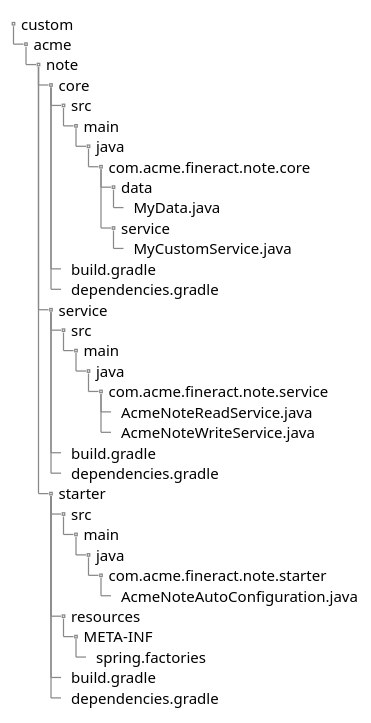
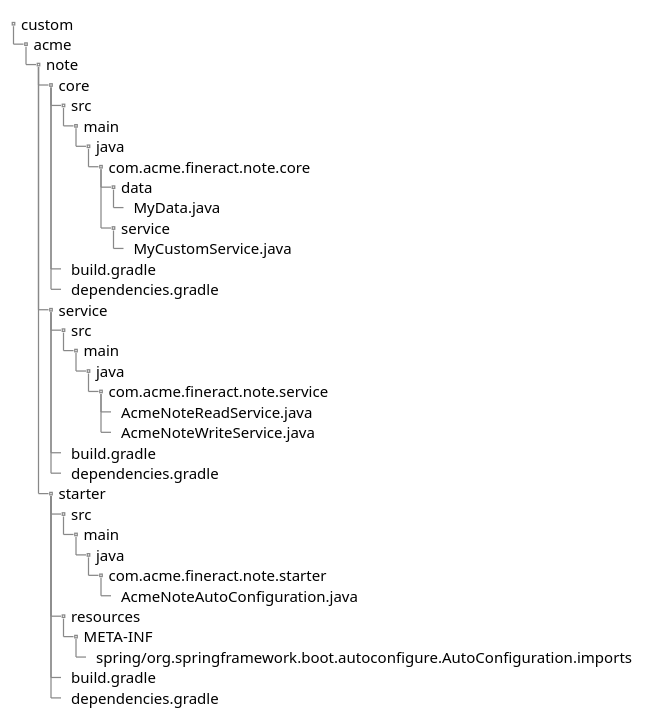
The diagram in fineract-doc/src/docs/en/diagrams/custom-folder-structure.puml (garfenterdreams/banco), drawn with PlantUML before and after one commit. The commit also changed 2 other files, not shown here.

Commit message:
FINERACT-1724: Documentation fix not to refer spring.factories anymore

```diff
--- a/fineract-doc/src/docs/en/diagrams/custom-folder-structure.puml
+++ b/fineract-doc/src/docs/en/diagrams/custom-folder-structure.puml
@@ -1,40 +1,40 @@
 @startsalt
 {
     {T
     + custom
     ++ acme
     +++ note
     ++++ core
     +++++ src
     ++++++ main
     +++++++ java
     ++++++++ com.acme.fineract.note.core
     +++++++++ data
     ++++++++++ MyData.java
     +++++++++ service
     ++++++++++ MyCustomService.java
     +++++ build.gradle
     +++++ dependencies.gradle
     ++++ service
     +++++ src
     ++++++ main
     +++++++ java
     ++++++++ com.acme.fineract.note.service
     +++++++++ AcmeNoteReadService.java
     +++++++++ AcmeNoteWriteService.java
     +++++ build.gradle
     +++++ dependencies.gradle
     ++++ starter
     +++++ src
     ++++++ main
     +++++++ java
     ++++++++ com.acme.fineract.note.starter
     +++++++++ AcmeNoteAutoConfiguration.java
     +++++ resources
     ++++++ META-INF
-    +++++++ spring.factories
+    +++++++ spring/org.springframework.boot.autoconfigure.AutoConfiguration.imports
     +++++ build.gradle
     +++++ dependencies.gradle
     }
 }
 @endsalt
```
